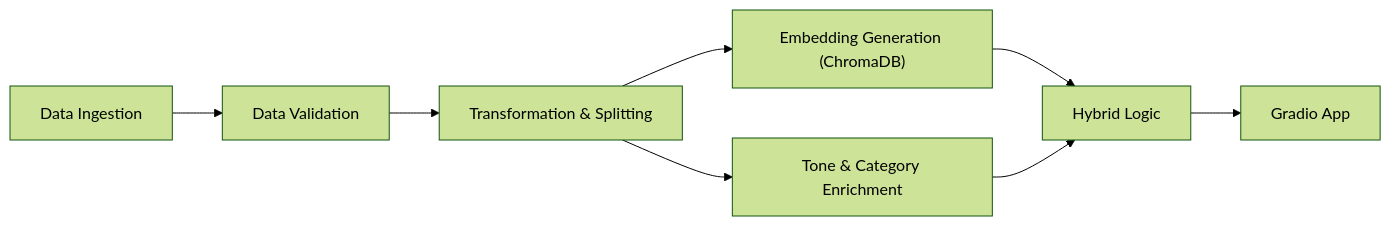
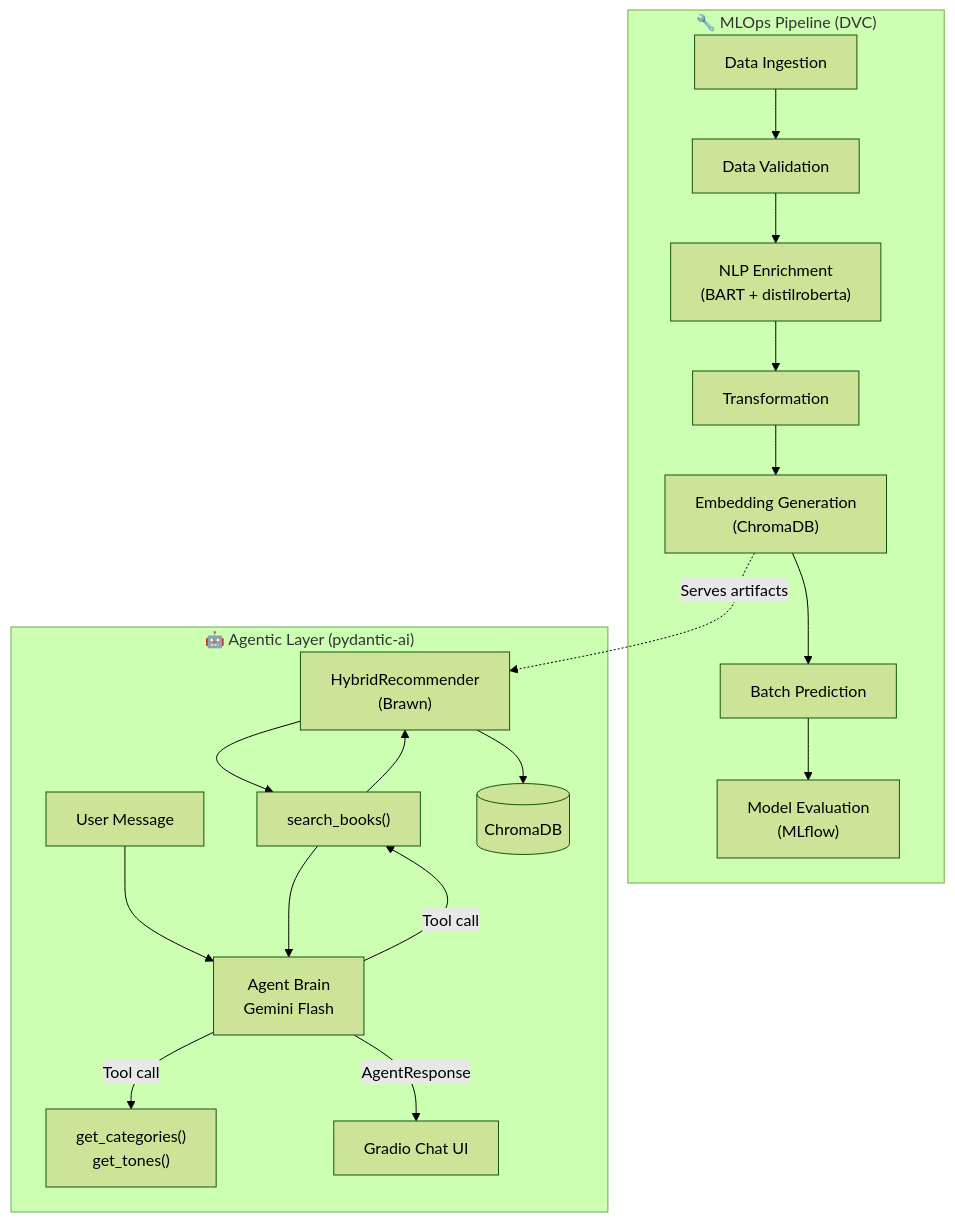
Before and after one commit to SebastianGarrido2790/hybrid-book-recommender: the diagram in README.md, drawn with Mermaid (forest theme). The commit also changed other lines of this file and 14 other files, not shown here.

Commit message:
docs: overhaul README to v1.3 agentic system + add 'Why Agentic' section to agentic_layer.md

````diff
--- a/README.md
+++ b/README.md
@@ -53,10 +68,24 @@
 ```mermaid
-flowchart LR
-    Ingest["Data Ingestion"] --> Validate["Data Validation"]
-    Validate --> Transform["Transformation & Splitting"]
-    Transform --> Train["Embedding Generation (ChromaDB)"]
-    Transform --> Enrich["Tone & Category Enrichment"]
-    Train --> HybridEngine["Hybrid Logic"]
-    Enrich --> HybridEngine
-    HybridEngine --> UI["Gradio App"]
+flowchart TD
+    subgraph Pipeline ["🔧 MLOps Pipeline  (DVC)"]
+        Ingest["Data Ingestion"] --> Validate["Data Validation"]
+        Validate --> Enrich["NLP Enrichment\n(BART + distilroberta)"]
+        Enrich --> Transform["Transformation"]
+        Transform --> Train["Embedding Generation\n(ChromaDB)"]
+        Train --> Predict["Batch Prediction"]
+        Predict --> Eval["Model Evaluation\n(MLflow)"]
+    end
+
+    subgraph Agent ["🤖 Agentic Layer  (pydantic-ai)"]
+        User["User Message"] --> AgentBrain["Agent Brain\nGemini Flash"]
+        AgentBrain -->|Tool call| SearchTool["search_books()"]
+        AgentBrain -->|Tool call| MetaTool["get_categories()\nget_tones()"]
+        SearchTool --> HybridRec["HybridRecommender\n(Brawn)"]
+        HybridRec --> ChromaDB[("ChromaDB")]
+        HybridRec --> SearchTool
+        SearchTool --> AgentBrain
+        AgentBrain -->|AgentResponse| ChatUI["Gradio Chat UI"]
+    end
+
+    Train -.->|"Serves artifacts"| HybridRec
 ```
````
